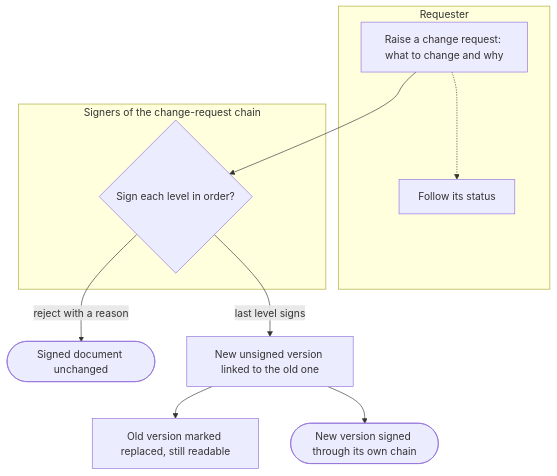
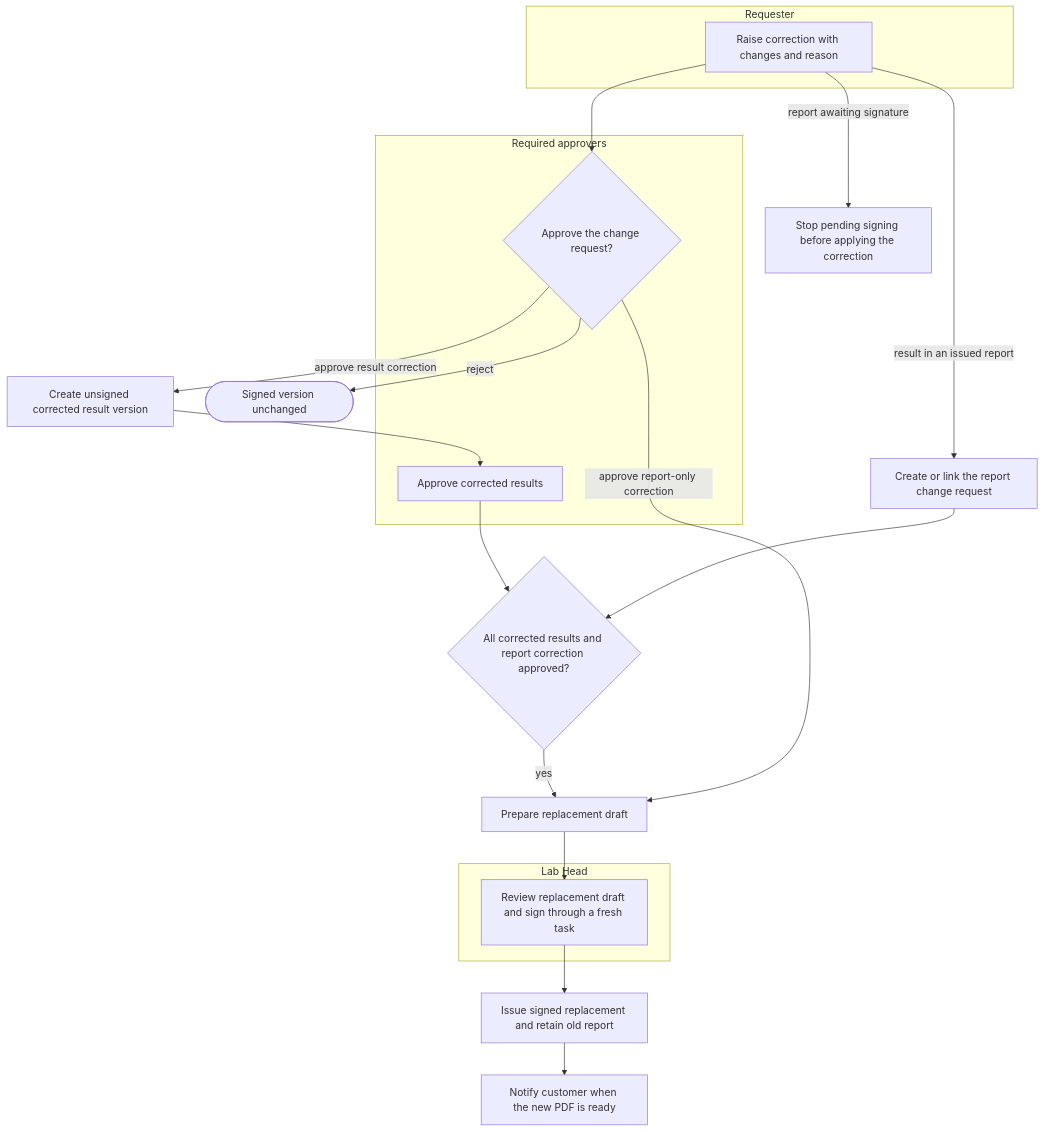
The tenth of 16 diagrams in docs/functional/business-flows.md (SoltuneMontepre/medilab), drawn with Mermaid before and after one commit. The commit also changed other lines of this file and 30 other files, not shown here.

````diff
--- a/docs/functional/business-flows.md
+++ b/docs/functional/business-flows.md
@@ -446,16 +473,24 @@
 ```mermaid
 flowchart TD
     subgraph lane24 ["Requester"]
-        r1["Raise a change request: what to change and why"]
-        r2[Follow its status]
+        r1[Raise correction with changes and reason]
     end
-    subgraph lane25 ["Signers of the change-request chain"]
-        s1{Sign each level in order?}
+    subgraph lane25 ["Required approvers"]
+        s1{Approve the change request?}
+        s2[Approve corrected results]
+    end
+    subgraph lane44 ["Lab Head"]
+        l1[Review replacement draft and sign through a fresh task]
     end
     r1 --> s1
-    s1 -->|reject with a reason| kept([Signed document unchanged])
-    s1 -->|last level signs| v[New unsigned version linked to the old one]
-    v --> old[Old version marked replaced, still readable]
-    v --> sign([New version signed through its own chain])
-    r1 -.-> r2
+    r1 -->|result in an issued report| link[Create or link the report change request]
+    r1 -->|report awaiting signature| stop[Stop pending signing before applying the correction]
+    s1 -->|reject| kept([Signed version unchanged])
+    s1 -->|approve result correction| result[Create unsigned corrected result version] --> s2
+    s2 --> ready{All corrected results and report correction approved?}
+    link --> ready
+    ready -->|yes| draft[Prepare replacement draft] --> l1
+    s1 -->|approve report-only correction| draft
+    l1 --> issued[Issue signed replacement and retain old report]
+    issued --> notice[Notify customer when the new PDF is ready]
 ```
````
